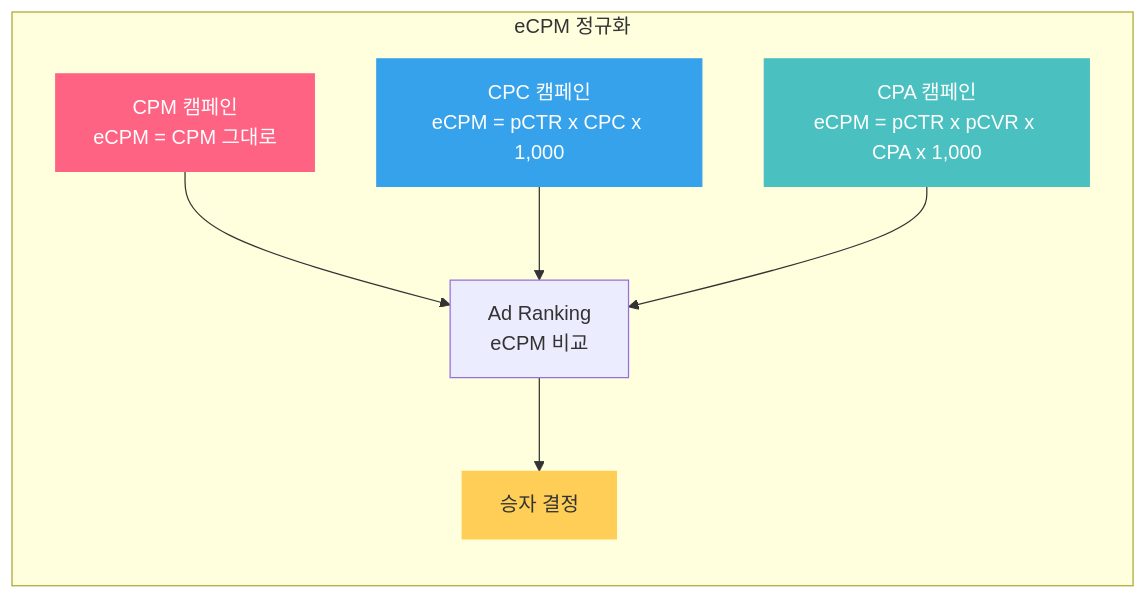
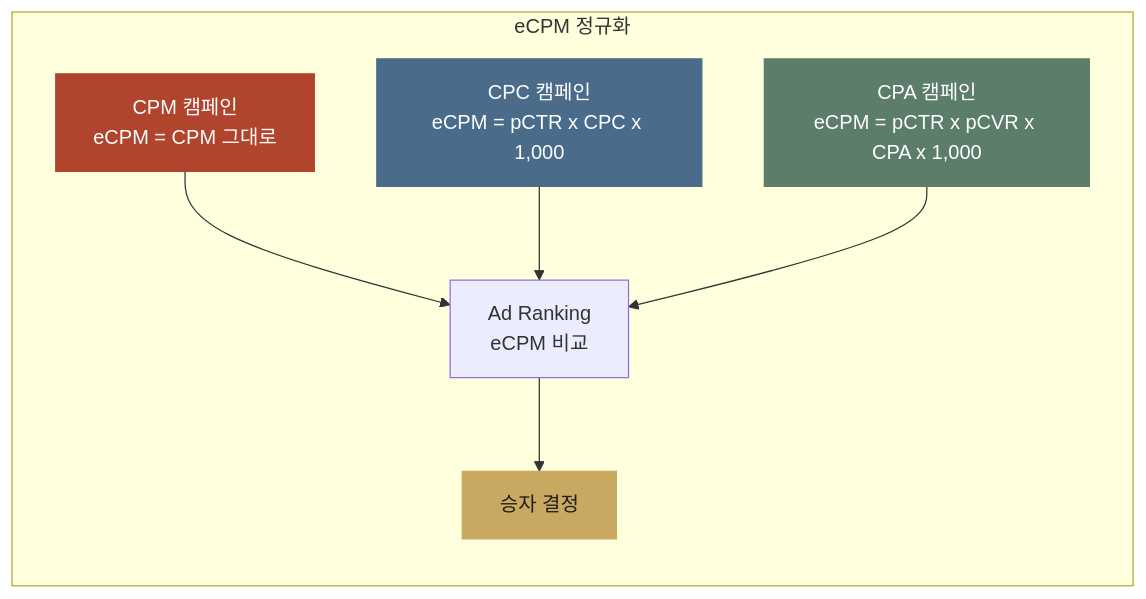
Before and after one commit to chkimsu/adtech-blog: the first of 4 diagrams in posts/ecpm-ranking.md, drawn with Mermaid. The commit also changed other lines of this file and 40 other files, not shown here.

````diff
--- a/posts/ecpm-ranking.md
+++ b/posts/ecpm-ranking.md
@@ -92,14 +92,14 @@
 ```mermaid
 graph LR
     subgraph Normalize["eCPM 정규화"]
         CPM_C["CPM 캠페인<br/>eCPM = CPM 그대로"] --> RANK["Ad Ranking<br/>eCPM 비교"]
         CPC_C["CPC 캠페인<br/>eCPM = pCTR x CPC x 1,000"] --> RANK
         CPA_C["CPA 캠페인<br/>eCPM = pCTR x pCVR x CPA x 1,000"] --> RANK
         RANK --> WINNER["승자 결정"]
     end
 
-    style CPM_C fill:#ff6384,stroke:#ff6384,color:#fff
-    style CPC_C fill:#36a2eb,stroke:#36a2eb,color:#fff
-    style CPA_C fill:#4bc0c0,stroke:#4bc0c0,color:#fff
-    style WINNER fill:#ffce56,stroke:#ffce56,color:#333
+    style CPM_C fill:#b0442c,stroke:#b0442c,color:#fff
+    style CPC_C fill:#4a6b8a,stroke:#4a6b8a,color:#fff
+    style CPA_C fill:#5b7d6a,stroke:#5b7d6a,color:#fff
+    style WINNER fill:#c9a961,stroke:#c9a961,color:#201d1a
 ```
````
